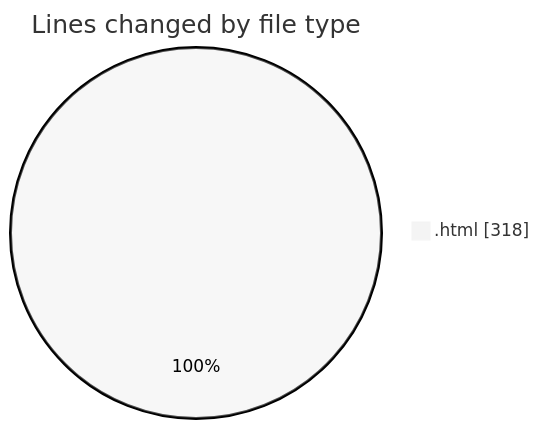
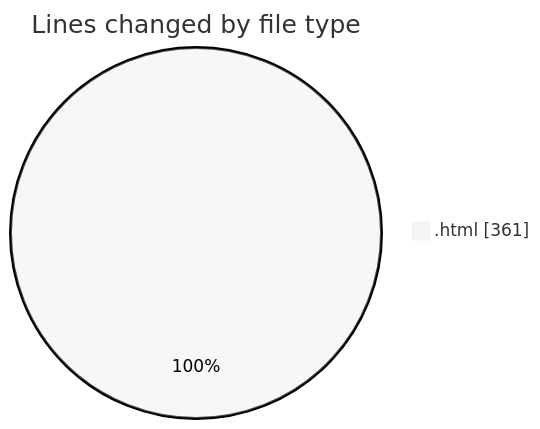
The first of 2 diagrams in 2025-05-15/news-clock-system-caspercg/README.md (momahboobian/code-tracking), drawn with Mermaid (neutral theme) before and after one commit. The commit also changed other lines of this file and 1 other file, not shown here.

````diff
--- a/2025-05-15/news-clock-system-caspercg/README.md
+++ b/2025-05-15/news-clock-system-caspercg/README.md
@@ -21,5 +21,5 @@
 ```mermaid
 pie showData
 title Lines changed by file type
-".html" : 318
+".html" : 361
 ```
````
